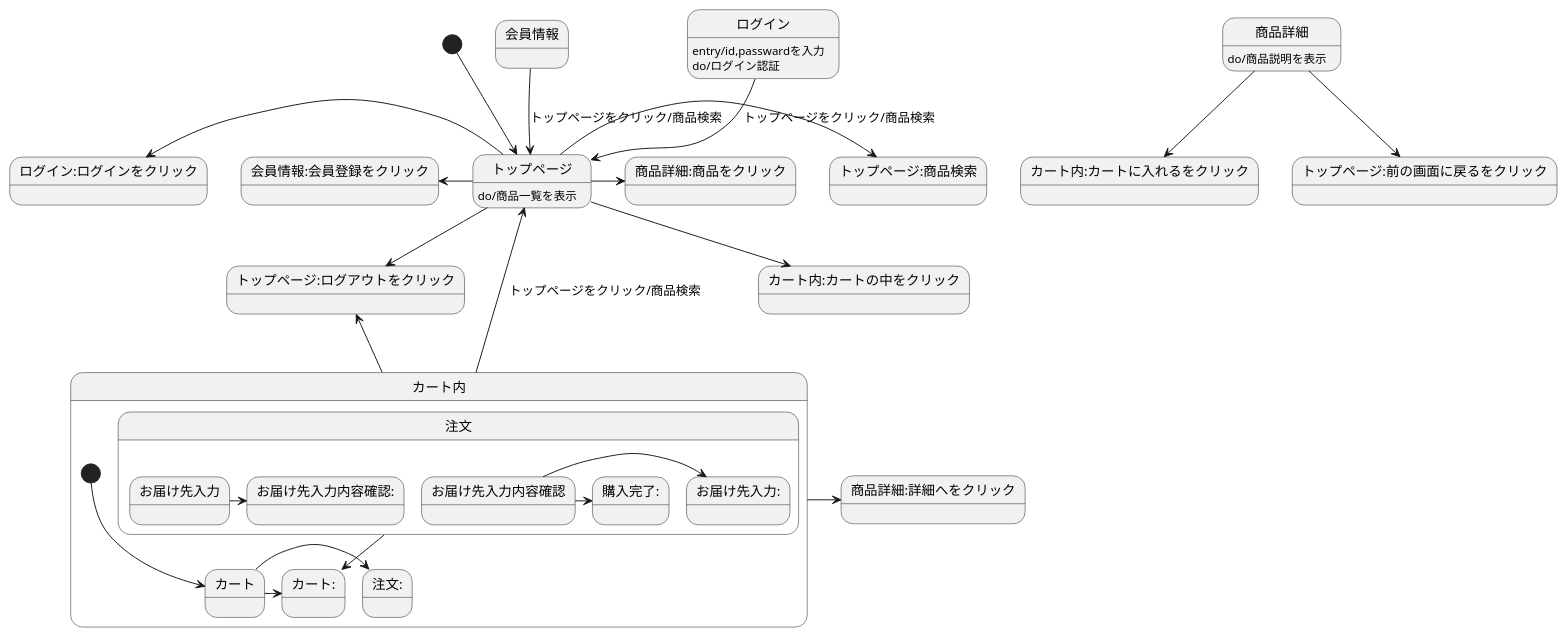
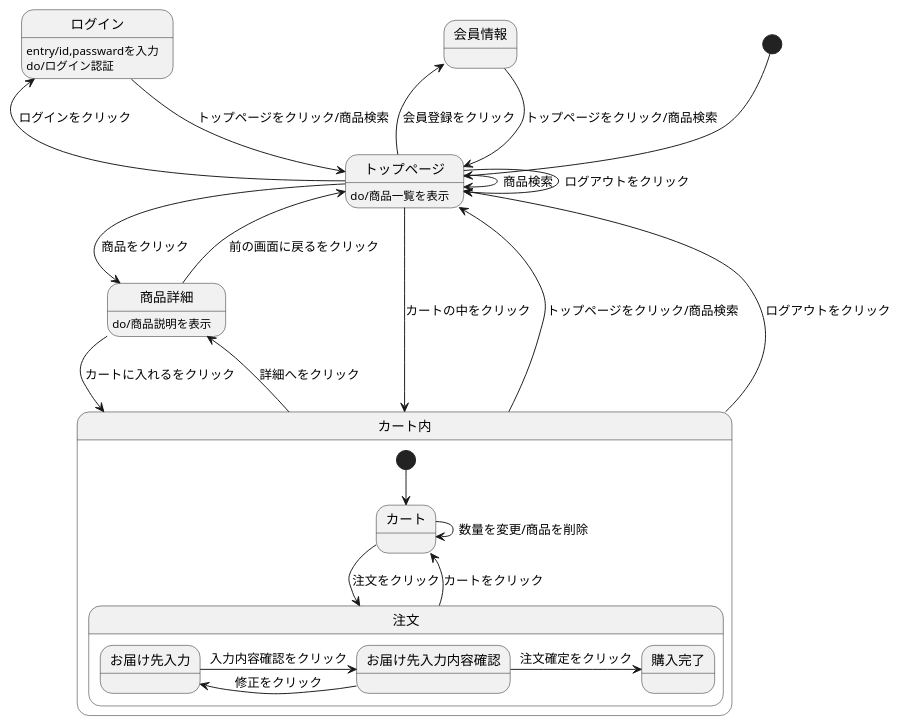
One commit to Aso2001192/2021sys-design changed the diagram in stm01.md. Above: the diagram before and after it, drawn with PlantUML.

````diff
--- a/stm01.md
+++ b/stm01.md
@@ -1,35 +1,35 @@
 ```uml
 @startuml
 [*]-->トップページ
-会員情報-->トップページ:トップページをクリック/商品検索
-ログイン-->トップページ:トップページをクリック/商品検索
-ログイン:entry/id,passwardを入力
-ログイン:do/ログイン認証
-トップページ-->トップページ:ログアウトをクリック
-トップページ->トップページ:商品検索
-トップページ->商品詳細:商品をクリック
-トップページ-left->会員情報:会員登録をクリック
-トップページ-left->ログイン:ログインをクリック
-トップページ-->カート内:カートの中をクリック
-トップページ:do/商品一覧を表示
-商品詳細-->カート内:カートに入れるをクリック
-商品詳細-->トップページ:前の画面に戻るをクリック
-商品詳細:do/商品説明を表示
-カート内-up->トップページ:トップページをクリック/商品検索
-カート内-up->トップページ:ログアウトをクリック
-カート内->商品詳細:詳細へをクリック
+会員情報-->トップページ : トップページをクリック/商品検索
+ログイン-->トップページ : トップページをクリック/商品検索
+ログイン : entry/id,passwardを入力
+ログイン : do/ログイン認証
+トップページ-->トップページ : ログアウトをクリック
+トップページ->トップページ : 商品検索
+トップページ->商品詳細 : 商品をクリック
+トップページ-left->会員情報 : 会員登録をクリック
+トップページ-left->ログイン : ログインをクリック
+トップページ-->カート内 : カートの中をクリック
+トップページ : do/商品一覧を表示
+商品詳細-->カート内 : カートに入れるをクリック
+商品詳細-->トップページ : 前の画面に戻るをクリック
+商品詳細 : do/商品説明を表示
+カート内-up->トップページ : トップページをクリック/商品検索
+カート内-up->トップページ : ログアウトをクリック
+カート内->商品詳細 : 詳細へをクリック
 
 state カート内{
   [*]-->カート
-  カート->注文:
-  カート->カート:
-  注文-->カート:
+  カート->注文 : 注文をクリック
+  カート->カート : 数量を変更/商品を削除
+  注文-->カート : カートをクリック
   
   state 注文{
-    お届け先入力->お届け先入力内容確認:
-    お届け先入力内容確認->お届け先入力:
-    お届け先入力内容確認->購入完了:
+    お届け先入力->お届け先入力内容確認 : 入力内容確認をクリック
+    お届け先入力内容確認->お届け先入力 : 修正をクリック
+    お届け先入力内容確認->購入完了 : 注文確定をクリック
   }
 }
 @enduml
 ```
````
